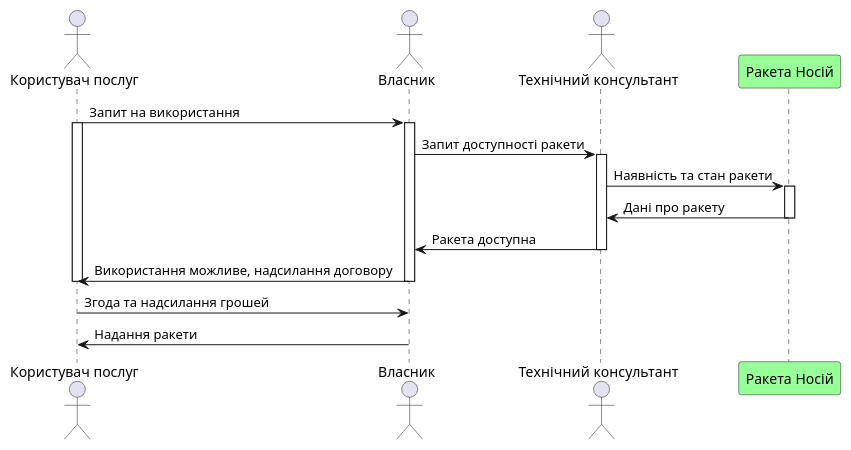
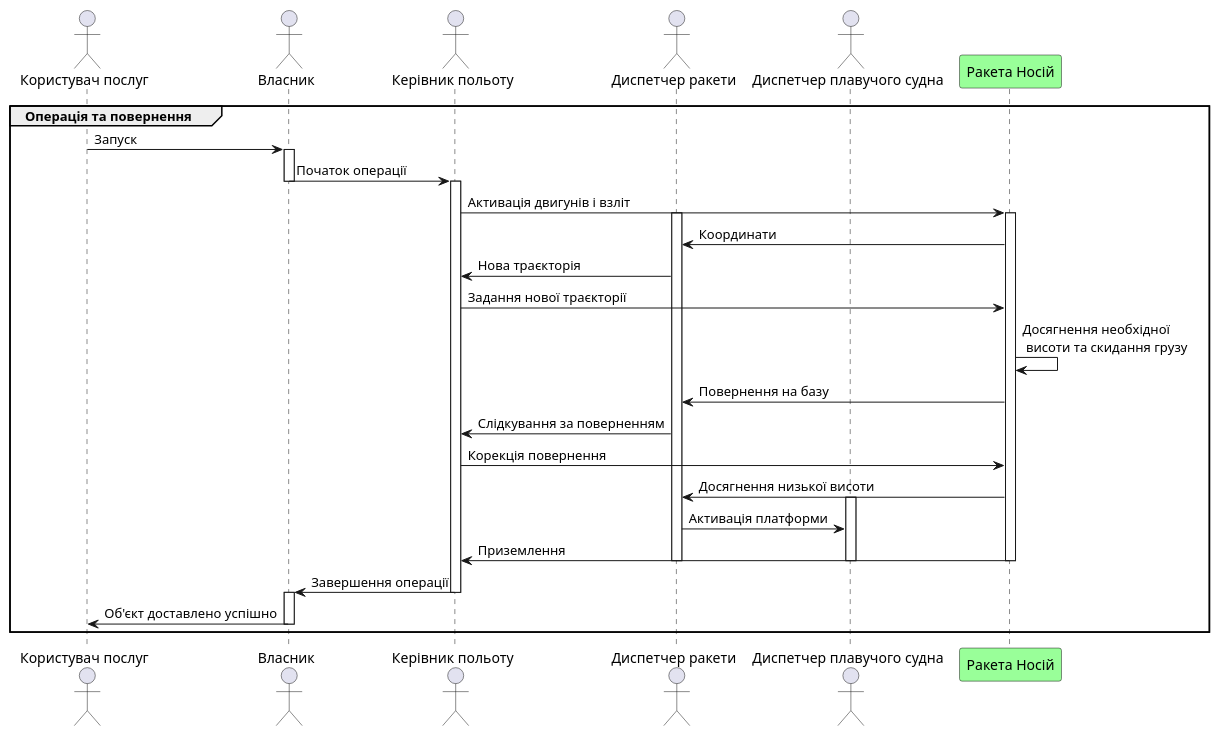
One commit to tonujet/System-engineering changed the diagram in Lab8/Laba8(Sequence diagram).puml. Above: the diagram before and after it, drawn with PlantUML. The commit also changed 4 other files, not shown here.

```diff
--- a/Lab8/Laba8(Sequence diagram).puml
+++ b/Lab8/Laba8(Sequence diagram).puml
@@ -1,30 +1,144 @@
 @startuml Sequence Diagram
 actor "Власник" as Owner order 10
 actor "Користувач послуг"  as User  order 5
-actor "Технічний консультант"  as Tech  order 11
-' actor "Оператор зв'язку"  as Operator  order 5
-' actor "Керівник польоту"  as FlyControl  order 5
+' actor "Технічний консультант"  as Tech  order 11
+
+' actor "Обслуговуючий персонал" as  Personal  order 11
+' actor "Оператор зв'язку"  as Operator  order 12
+actor "Диспетчер ракети"  as DispRocket  order 13
+actor "Диспетчер плавучого судна"  as DispSudno  order 14
+actor "Керівник польоту"  as FlyControl  order 11
+' actor "Метеоролог"  as Meteorolog  order 13
 
 participant "Ракета Носій" as Rocket order 15 #99FF99 
 
 
-User -> Owner: Запит на використання
-activate User
-activate Owner
-Owner -> Tech: Запит доступності ракети
-activate Tech
-Tech -> Rocket: Наявність та стан ракети 
-activate Rocket
-Rocket -> Tech: Дані про ракету
-deactivate Rocket
-Tech -> Owner: Ракета доступна 
-deactivate Tech
-Owner -> User: Використання можливе, надсилання договору 
-deactivate User 
-deactivate Owner
+' User -> Owner: Запит на використання
+' activate User
+' activate Owner
+' Owner -> Tech: Запит доступності ракети
+' activate Tech
+' Tech -> Rocket: Наявність та стан ракети 
+' activate Rocket
+' Rocket -> Tech: Дані про ракету
+' deactivate Rocket
+' Tech -> Owner: Ракета доступна 
+' deactivate Tech
+' Owner -> User: Використання можливе, надсилання договору 
+' deactivate User 
+' deactivate Owner
 
-User -> Owner: Згода та надсилання грошей
-Owner -> User: Надання ракети 
+' User -> Owner: Згода та надсилання грошей
 
+' Owner -> User: Перевірка оплати та Надання ракети 
 
+' group Домовленість про використання
+'       User -> Owner : Запит на використання
+
+'       activate Owner
+'       Owner -> Tech : Запит наявності та \n доступності ракети
+'       deactivate Owner
+
+'       activate Tech
+'       Tech -> Rocket : Перевірка стану \n  ракети
+'       Tech <- Rocket : Необхідні дані
+'       Tech -> Owner : Ракета наявна \n та доступна
+'       deactivate Tech
+
+'       activate Owner
+'       Owner -> User : Використання можливе,\n надсилання договору
+'       deactivate Owner
+
+'       activate User
+'       User -> Owner : Згода та надсилання коштів
+'       deactivate User
+
+'       activate Owner
+'       Owner -> User : Бронювання ракети та\n надсилання коду
+'       deactivate Owner
+' end
+
+' group Підготовка до запуску
+'       User -> Owner : Запит на запуск
+
+'       activate Owner
+'       Owner -> Tech: Стан ракети та \n наявні ресурси
+'       deactivate Owner
+
+'       activate Tech
+'       Tech -> Personal :  Стан ракети та ресурсів
+'       deactivate Tech
+
+'       activate Personal
+'       Personal -> Rocket : Перевірка та усунення \n нестачі ресурсів
+'       Rocket -> Personal
+'       Personal -> Tech : Все наявно та працює
+'       deactivate Personal
+
+'       activate Tech
+'       Tech -> Operator :  Наявність зв'язку
+'       deactivate Tech
+
+'       activate Operator
+'       Operator -> Rocket : Перевірка зв'язку між  \n ракетою-носієм та диспетчерами
+'       Operator -> DispRocket
+'       Operator -> DispSudno
+'       Operator -> Tech : Зв'язок доступний
+'       deactivate Operator
+
+'       activate Tech
+'       Tech -> Owner :  Запуск можливий
+'       deactivate Tech
+
+'       activate Owner
+'       Owner -> Meteorolog: Погодні умови
+'       deactivate Owner
+
+'       activate Meteorolog
+'       Meteorolog -> Meteorolog : Ознайомлення з \n показами
+'       Meteorolog -> Owner : Політ доступний
+'       deactivate Meteorolog
+
+'       activate Owner
+'       Owner -> User: Ракета готова до запуску
+'       deactivate Owner
+' end
+
+group Операція та повернення
+      User -> Owner : Запуск
+
+      activate Owner
+      Owner -> FlyControl: Початок операції
+      deactivate Owner
+
+      activate FlyControl
+      FlyControl -> Rocket: Активація двигунів і взліт
+
+      activate Rocket
+      activate DispRocket
+      Rocket -> DispRocket : Координати
+      DispRocket -> FlyControl : Нова траєкторія
+      FlyControl -> Rocket : Задання нової траєкторії
+
+      Rocket -> Rocket : Досягнення необхідної \n висоти та скидання грузу
+      Rocket -> DispRocket : Повернення на базу
+      DispRocket -> FlyControl : Слідкування за поверненням
+      FlyControl -> Rocket : Корекція повернення
+
+      Rocket -> DispRocket : Досягнення низької висоти
+      activate DispSudno
+      DispRocket -> DispSudno: Активація платформи
+      Rocket -> FlyControl : Приземлення 
+
+      deactivate Rocket
+      deactivate DispRocket
+      deactivate DispSudno
+
+      FlyControl -> Owner: Завершення операції
+      deactivate FlyControl
+
+      activate Owner
+      Owner -> User: Об'єкт доставлено успішно
+      deactivate Owner
+end
 @enduml
```
